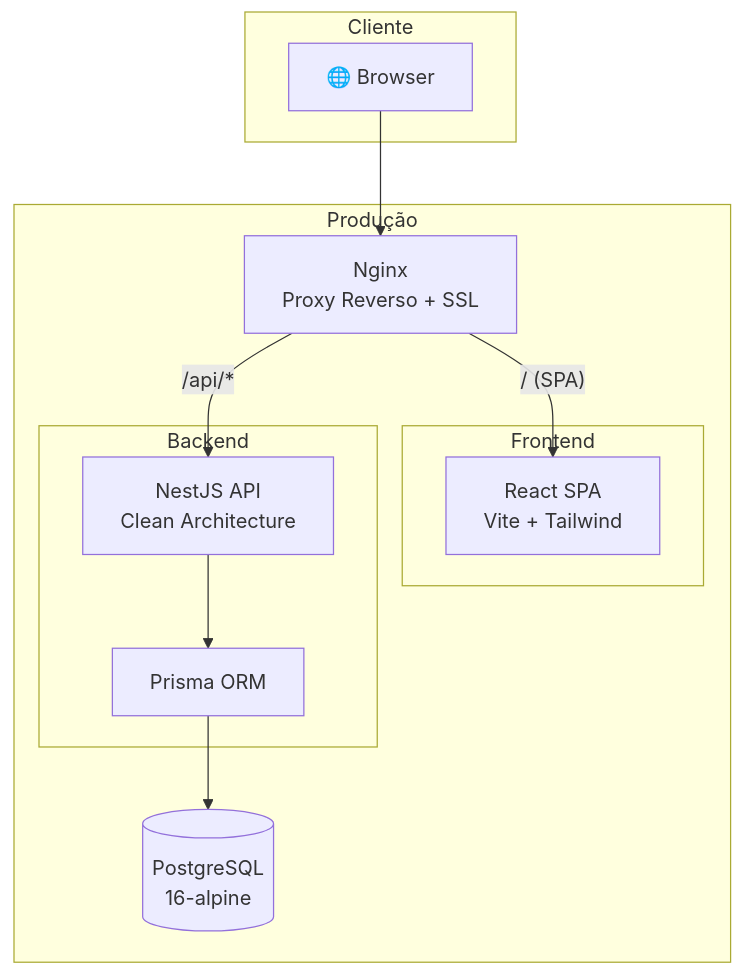
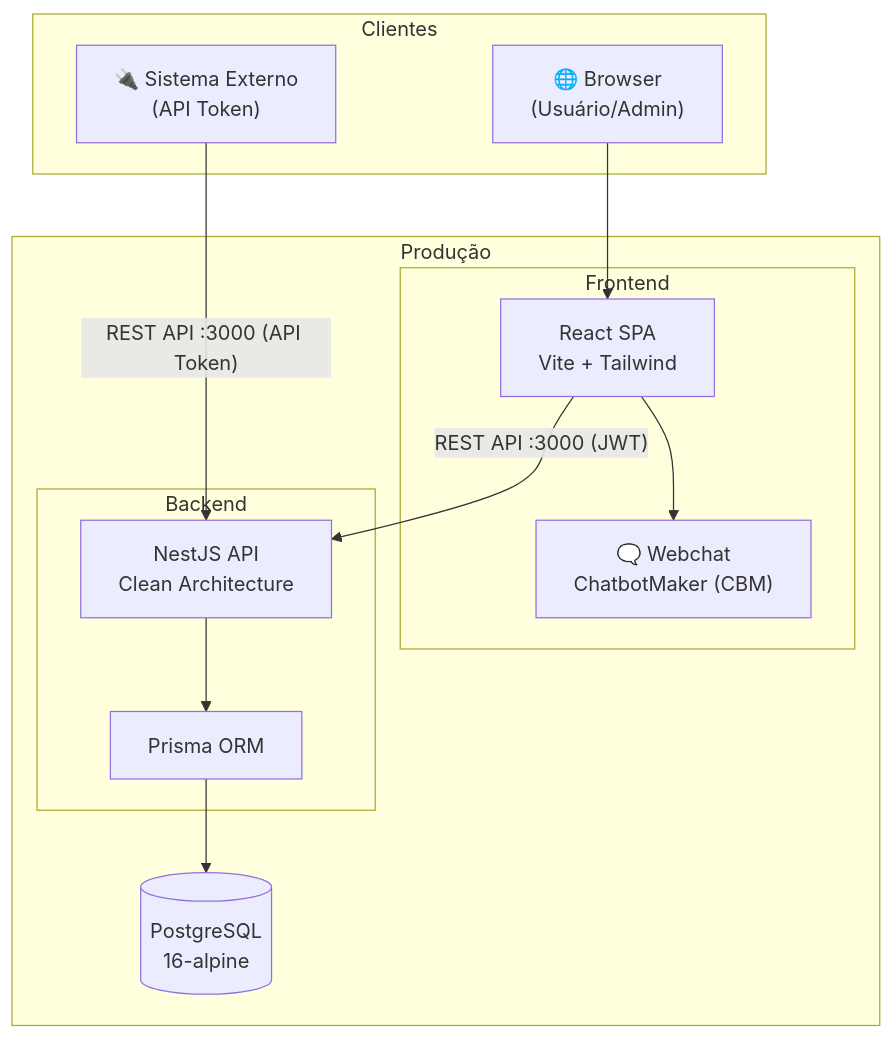
The first of 5 diagrams in docs/architecture.md (weldercriss/universidade-suri), drawn with Mermaid before and after one commit. The commit also changed other lines of this file and 120 other files, not shown here.

````diff
--- a/docs/architecture.md
+++ b/docs/architecture.md
@@ -23,27 +23,28 @@
 ```mermaid
 graph TB
-    subgraph Cliente
-        Browser["🌐 Browser"]
+    subgraph Clientes
+        Browser["🌐 Browser\n(Usuário/Admin)"]
+        External["🔌 Sistema Externo\n(API Token)"]
     end
 
     subgraph Produção
-        Nginx["Nginx\nProxy Reverso + SSL"]
-
         subgraph Frontend
             React["React SPA\nVite + Tailwind"]
+            Webchat["🗨️ Webchat\nChatbotMaker (CBM)"]
         end
 
         subgraph Backend
             NestJS["NestJS API\nClean Architecture"]
             Prisma["Prisma ORM"]
         end
 
         DB[("PostgreSQL\n16-alpine")]
     end
 
-    Browser --> Nginx
-    Nginx -->|"/ (SPA)"| React
-    Nginx -->|"/api/*"| NestJS
+    Browser --> React
+    React -->|"REST API :3000 (JWT)"| NestJS
+    External -->|"REST API :3000 (API Token)"| NestJS
     NestJS --> Prisma
     Prisma --> DB
+    React --> Webchat
 ```
````
